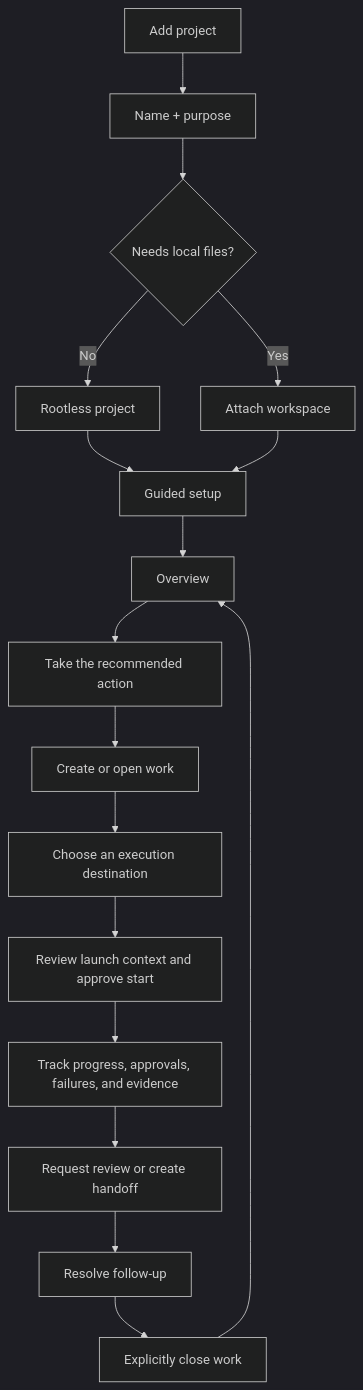
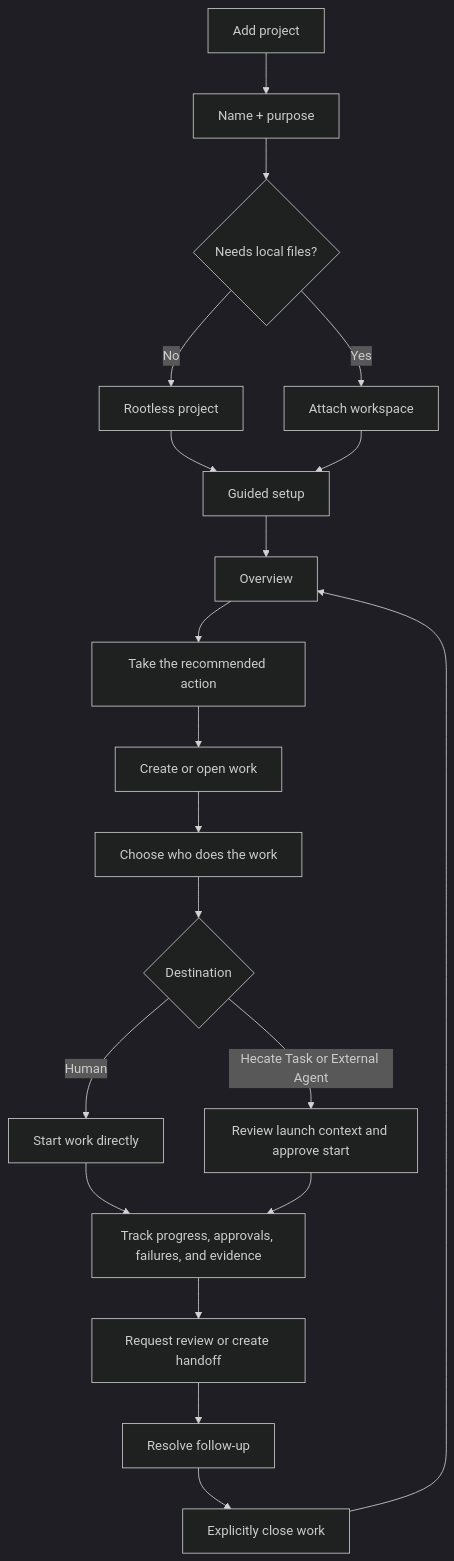
One commit to hecatehq/hecate changed the second of 3 diagrams in docs/design/proposals/projects-cockpit-ux.md. Above: the diagram before and after it, drawn with Mermaid (dark theme). The commit also changed other lines of this file and 71 other files, not shown here.

````diff
--- a/docs/design/proposals/projects-cockpit-ux.md
+++ b/docs/design/proposals/projects-cockpit-ux.md
@@ -75,19 +79,22 @@
 ```mermaid
 flowchart TD
   A["Add project"] --> B["Name + purpose"]
   B --> C{"Needs local files?"}
   C -->|"No"| D["Rootless project"]
   C -->|"Yes"| E["Attach workspace"]
   D --> F["Guided setup"]
   E --> F
   F --> G["Overview"]
   G --> H["Take the recommended action"]
   H --> I["Create or open work"]
-  I --> J["Choose an execution destination"]
-  J --> K["Review launch context and approve start"]
-  K --> L["Track progress, approvals, failures, and evidence"]
+  I --> J["Choose who does the work"]
+  J --> K{"Destination"}
+  K -->|"Human"| KH["Start work directly"]
+  K -->|"Hecate Task or External Agent"| KA["Review launch context and approve start"]
+  KH --> L["Track progress, approvals, failures, and evidence"]
+  KA --> L
   L --> M["Request review or create handoff"]
   M --> N["Resolve follow-up"]
   N --> O["Explicitly close work"]
   O --> G
 ```
````
